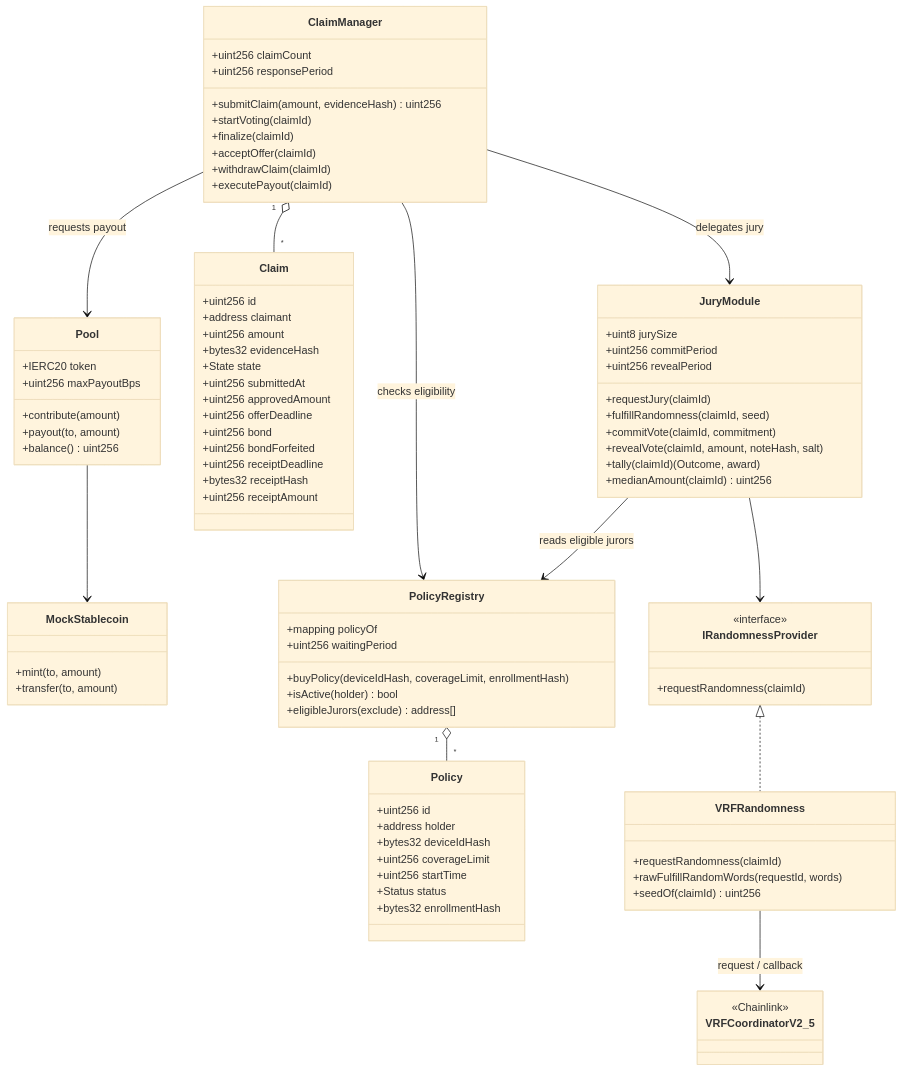
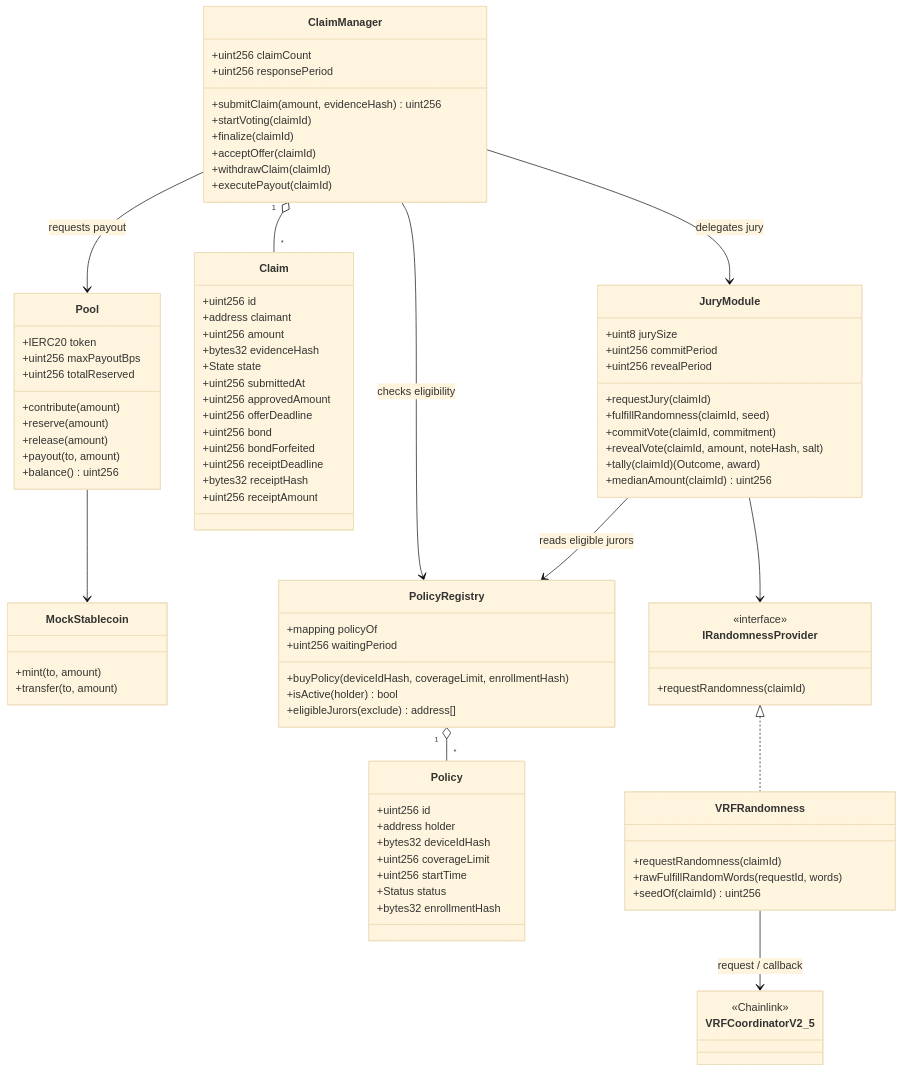
The second of 5 diagrams in docs/design-doc.md (StephanieNgu/trust-pool), drawn with Mermaid (base theme) before and after one commit. The commit also changed other lines of this file and 17 other files, not shown here.

```diff
--- a/docs/design-doc.md
+++ b/docs/design-doc.md
@@ -93,7 +93,10 @@
     class Pool {
         +IERC20 token
         +uint256 maxPayoutBps
+        +uint256 totalReserved
         +contribute(amount)
+        +reserve(amount)
+        +release(amount)
         +payout(to, amount)
         +balance() uint256
     }
```
